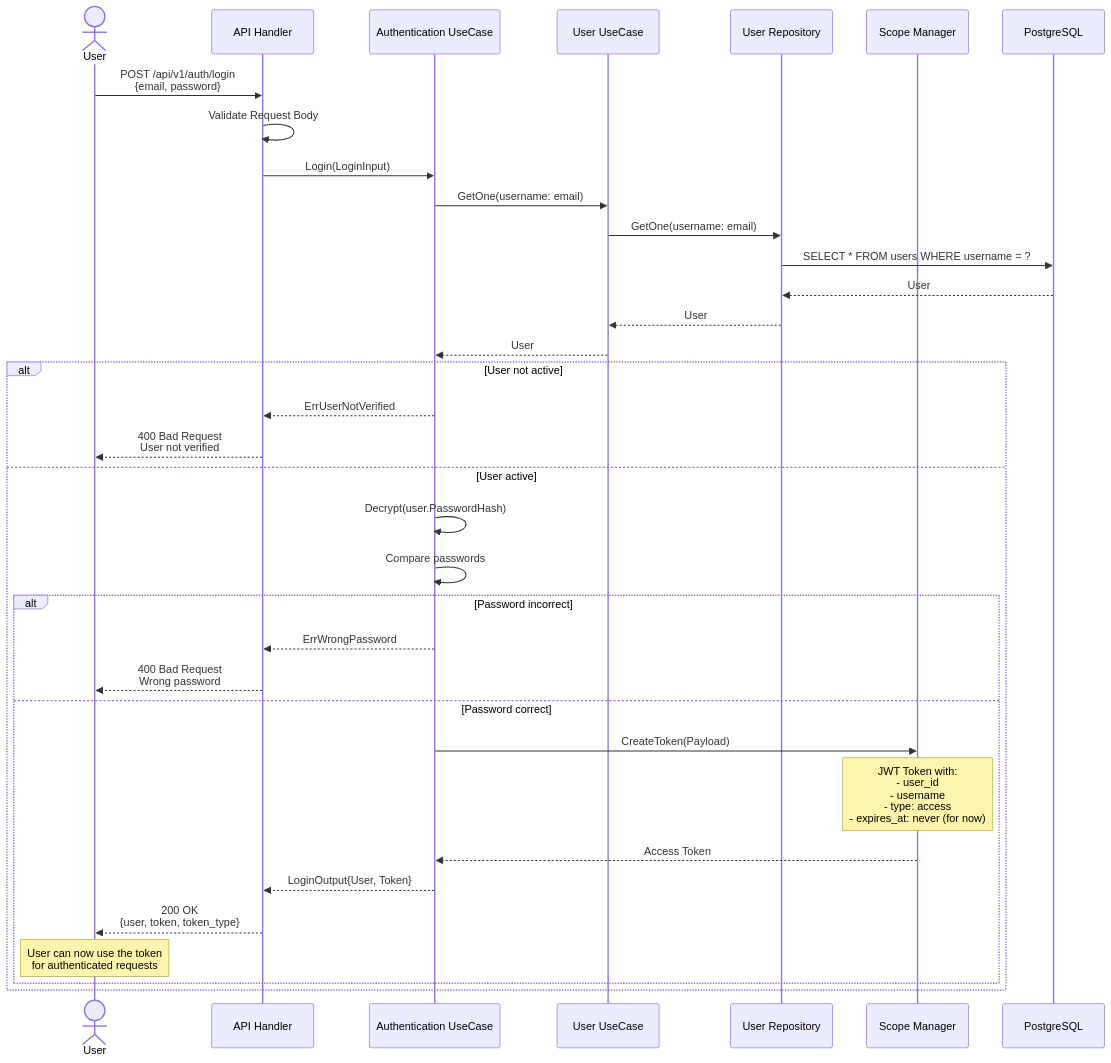
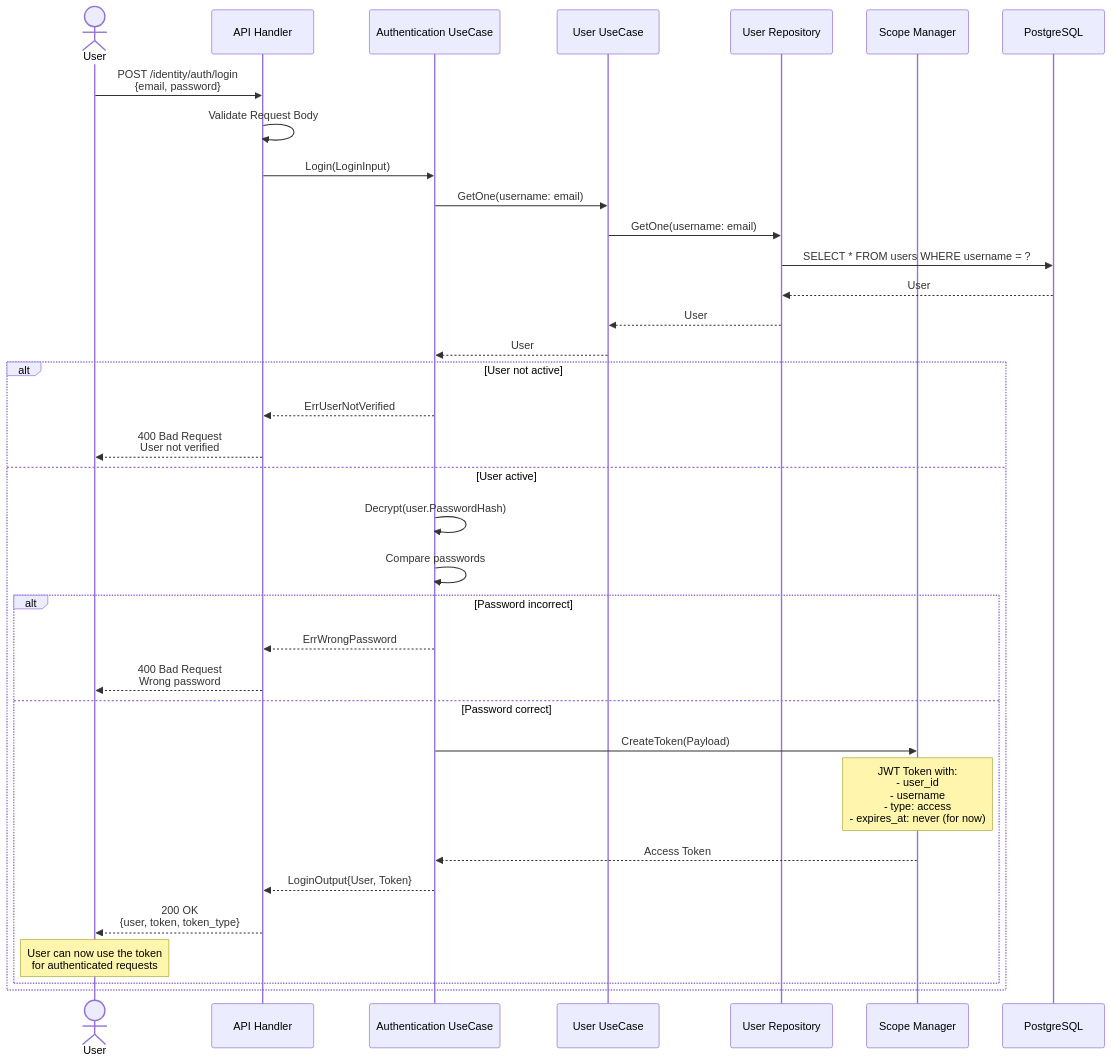
One commit to smap-hcmut/identity-srv changed the fourth of 12 diagrams in identity/document/api_01_sequence_diagrams.md. Above: the diagram before and after it, drawn with Mermaid. The commit also changed other lines of this file and 37 other files, not shown here.

Commit message:
feat(identity): refactor API endpoints to use /identity base path; update documentation and handlers for authentication, plans, and subscriptions; implement role-based access control with user roles and password management features

````diff
--- a/identity/document/api_01_sequence_diagrams.md
+++ b/identity/document/api_01_sequence_diagrams.md
@@ -242,43 +242,43 @@
 ```mermaid
 sequenceDiagram
     actor User
     participant API as API Handler
     participant AuthUC as Authentication UseCase
     participant UserUC as User UseCase
     participant UserRepo as User Repository
     participant Scope as Scope Manager
     participant DB as PostgreSQL
 
-    User->>API: POST /api/v1/auth/login<br/>{email, password}
+    User->>API: POST /identity/auth/login<br/>{email, password}
     API->>API: Validate Request Body
     API->>AuthUC: Login(LoginInput)
     
     AuthUC->>UserUC: GetOne(username: email)
     UserUC->>UserRepo: GetOne(username: email)
     UserRepo->>DB: SELECT * FROM users WHERE username = ?
     DB-->>UserRepo: User
     UserRepo-->>UserUC: User
     UserUC-->>AuthUC: User
     
     alt User not active
         AuthUC-->>API: ErrUserNotVerified
         API-->>User: 400 Bad Request<br/>User not verified
     else User active
         AuthUC->>AuthUC: Decrypt(user.PasswordHash)
         AuthUC->>AuthUC: Compare passwords
         
         alt Password incorrect
             AuthUC-->>API: ErrWrongPassword
             API-->>User: 400 Bad Request<br/>Wrong password
         else Password correct
             AuthUC->>Scope: CreateToken(Payload)
             Note over Scope: JWT Token with:<br/>- user_id<br/>- username<br/>- type: access<br/>- expires_at: never (for now)
             Scope-->>AuthUC: Access Token
             
             AuthUC-->>API: LoginOutput{User, Token}
             API-->>User: 200 OK<br/>{user, token, token_type}
             
             Note over User: User can now use the token<br/>for authenticated requests
         end
     end
 ```
````
